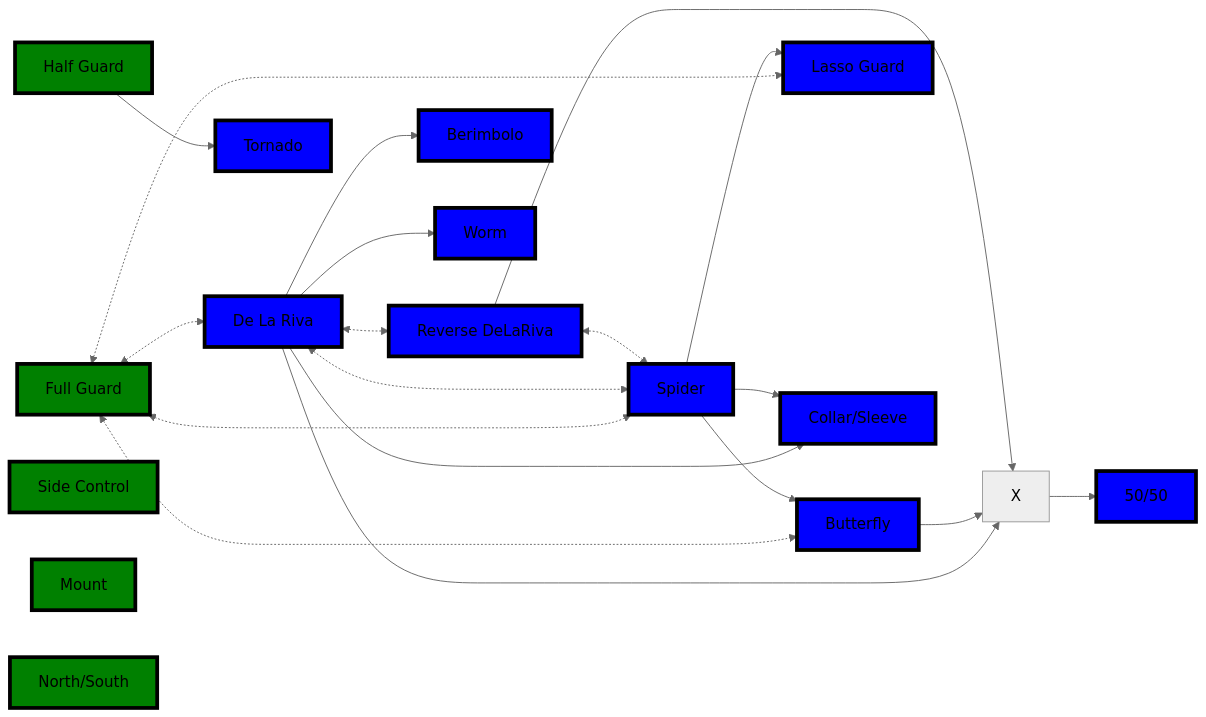
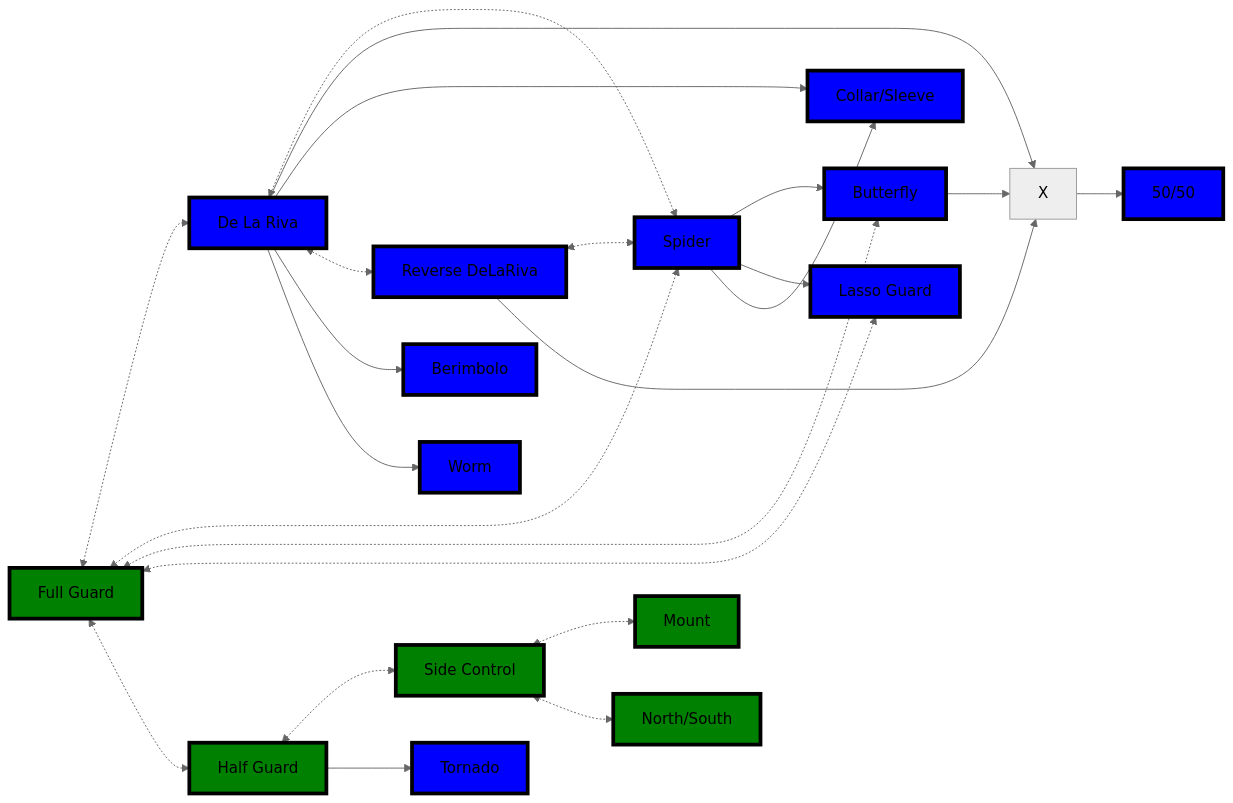
The diagram in _BJJ/Guards Directory.md (jacgit18/DevHiveMind), drawn with Mermaid (neutral theme) before and after one commit. The commit also changed other lines of this file, not shown here.

Commit message:
M "_BJJ/Guards Directory.md"

````diff
--- a/_BJJ/Guards Directory.md
+++ b/_BJJ/Guards Directory.md
@@ -17,70 +17,73 @@
 ``` mermaid
 flowchart LR
     A[Full Guard] 
     B[De La Riva] 
     C[Spider]
     D[Butterfly]
     E[Lasso Guard]
     F[X]
 	G[Collar/Sleeve]
 	H[Half Guard] 
 	I[Side Control] 
 	J[Mount] 
 	K[North/South] 
 	L[Reverse DeLaRiva] 
 	M[Berimbolo]
 	N[50/50]
 	O[Worm]
 	P[Tornado]
 	
     A <-.-> B
     A <-.-> C
     A <-.-> D
     A <-.-> E
+    A <-.-> H
     B <-.-> C
     B --> F
     B --> G
     B <-.-> L
     B --> M
     B --> O
     C --> D
     C --> E
     C --> G
 	D --> F
 	F --> N
+	H <-.-> I
 	H --> P
+	I <-.-> J
 	L <-.-> C
 	L --> F
-	
+	I <-.-> K
 
 
 style A fill:green,stroke:black,stroke-width:4px,shadow:shadow
 
 style B fill:blue,stroke:black,stroke-width:4px,shadow:shadow
 
 style C fill:blue,stroke:black,stroke-width:4px,shadow:shadow
 
 style D fill:blue,stroke:black,stroke-width:4px,shadow:shadow
 
 style E fill:blue,stroke:black,stroke-width:4px,shadow:shadow
 
 style G fill:blue,stroke:black,stroke-width:4px,shadow:shadow
 
 style H fill:green,stroke:black,stroke-width:4px,shadow:shadow
 
 style I fill:green,stroke:black,stroke-width:4px,shadow:shadow
 
 style J fill:green,stroke:black,stroke-width:4px,shadow:shadow
 
 style K fill:green,stroke:black,stroke-width:4px,shadow:shadow
 
 style L fill:blue,stroke:black,stroke-width:4px,shadow:shadow
 
 style M fill:blue,stroke:black,stroke-width:4px,shadow:shadow
 
 style N fill:blue,stroke:black,stroke-width:4px,shadow:shadow
 
 style O fill:blue,stroke:black,stroke-width:4px,shadow:shadow
 
 style P fill:blue,stroke:black,stroke-width:4px,shadow:shadow
 ```
````
